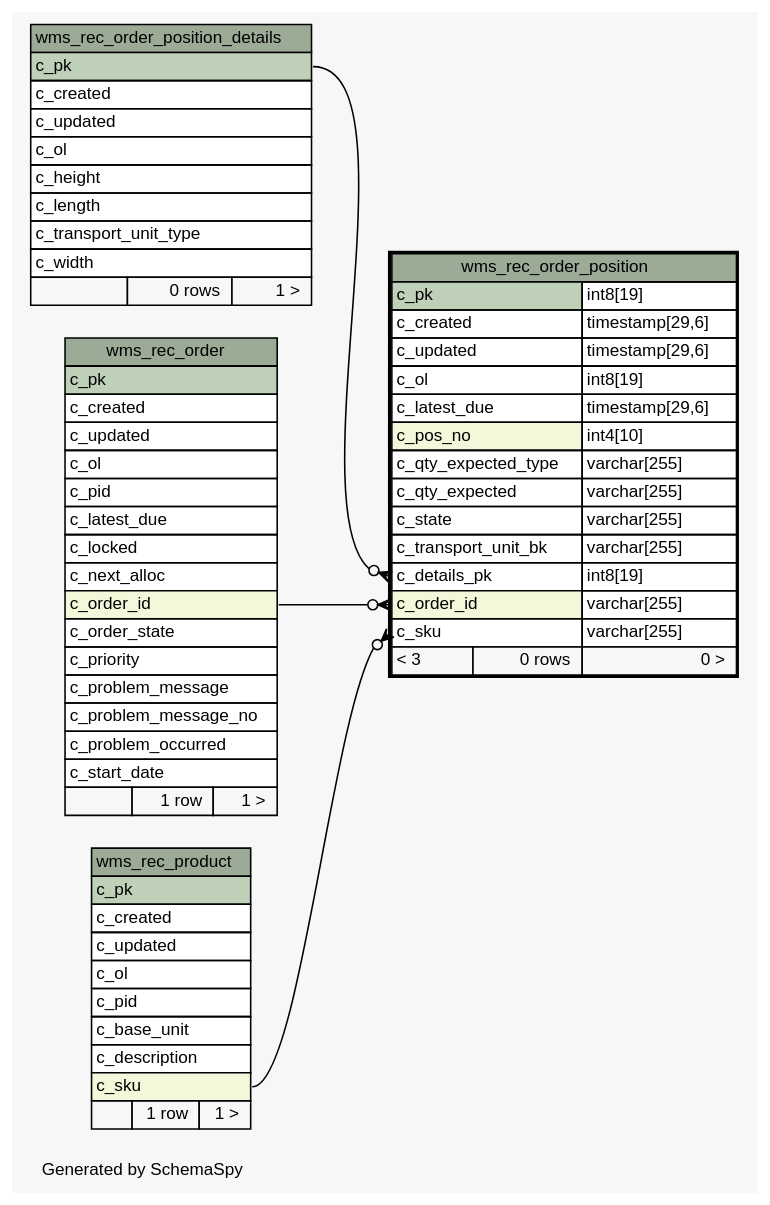
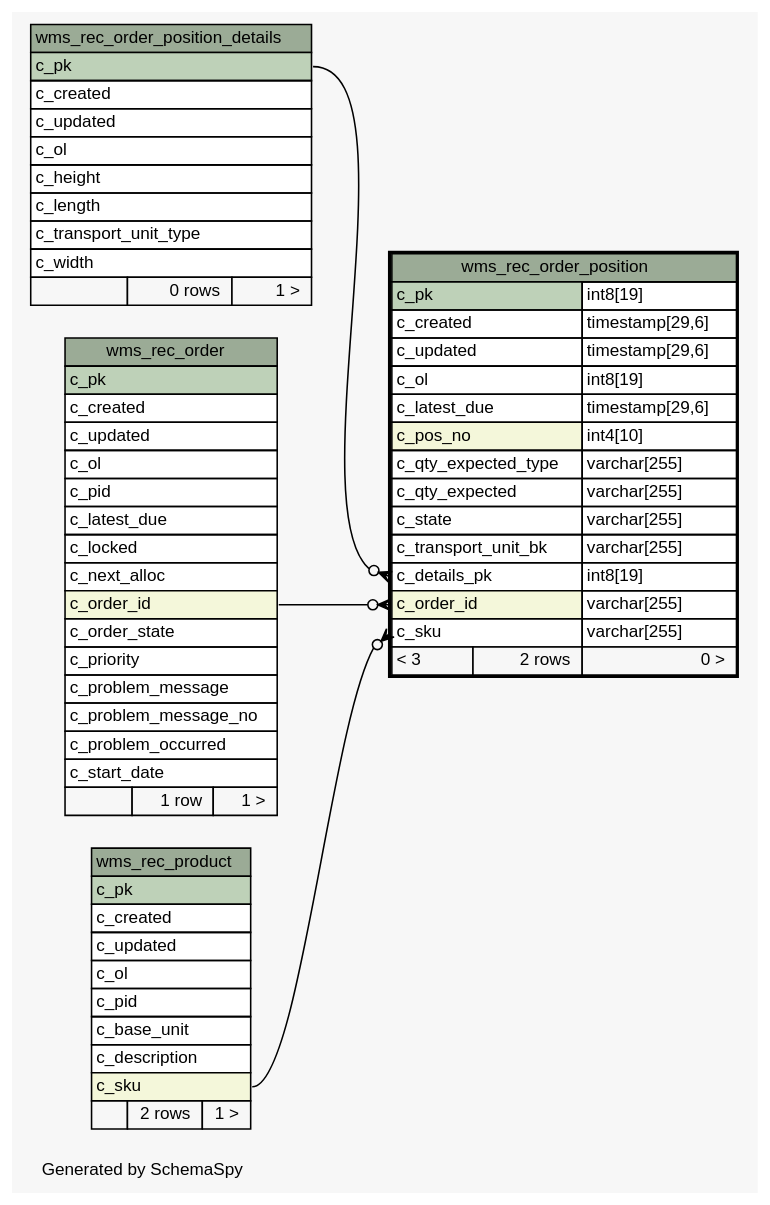
The diagram in schemaspy/diagrams/wms_rec_order_position.1degree.dot (openwms/org.openwms.wms.receiving.lib), drawn with Graphviz before and after one commit. The commit also changed 175 other files, not shown here.

```diff
--- a/schemaspy/diagrams/wms_rec_order_position.1degree.dot
+++ b/schemaspy/diagrams/wms_rec_order_position.1degree.dot
@@ -1,105 +1,105 @@
 // dot 2.36.0 on Linux 4.4.0-101-generic
 // SchemaSpy rev Unknown
 digraph "oneDegreeRelationshipsDiagram" {
   graph [
     rankdir="RL"
     bgcolor="#f7f7f7"
     label="\nGenerated by SchemaSpy"
     labeljust="l"
     nodesep="0.18"
     ranksep="0.46"
     fontname="Helvetica"
     fontsize="11"
   ];
   node [
     fontname="Helvetica"
     fontsize="11"
     shape="plaintext"
   ];
   edge [
     arrowsize="0.8"
   ];
   "wms_rec_order_position":"c_details_pk":w -> "wms_rec_order_position_details":"c_pk":e [arrowhead=none dir=back arrowtail=crowodot];
   "wms_rec_order_position":"c_order_id":w -> "wms_rec_order":"c_order_id":e [arrowhead=none dir=back arrowtail=crowodot];
   "wms_rec_order_position":"c_sku":w -> "wms_rec_product":"c_sku":e [arrowhead=none dir=back arrowtail=crowodot];
   "wms_rec_order" [
     label=<
     <TABLE BORDER="0" CELLBORDER="1" CELLSPACING="0" BGCOLOR="#ffffff">
       <TR><TD COLSPAN="3" BGCOLOR="#9bab96" ALIGN="CENTER">wms_rec_order</TD></TR>
       <TR><TD PORT="c_pk" COLSPAN="3" BGCOLOR="#bed1b8" ALIGN="LEFT">c_pk</TD></TR>
       <TR><TD PORT="c_created" COLSPAN="3" ALIGN="LEFT">c_created</TD></TR>
       <TR><TD PORT="c_updated" COLSPAN="3" ALIGN="LEFT">c_updated</TD></TR>
       <TR><TD PORT="c_ol" COLSPAN="3" ALIGN="LEFT">c_ol</TD></TR>
       <TR><TD PORT="c_pid" COLSPAN="3" ALIGN="LEFT">c_pid</TD></TR>
       <TR><TD PORT="c_latest_due" COLSPAN="3" ALIGN="LEFT">c_latest_due</TD></TR>
       <TR><TD PORT="c_locked" COLSPAN="3" ALIGN="LEFT">c_locked</TD></TR>
       <TR><TD PORT="c_next_alloc" COLSPAN="3" ALIGN="LEFT">c_next_alloc</TD></TR>
       <TR><TD PORT="c_order_id" COLSPAN="3" BGCOLOR="#f4f7da" ALIGN="LEFT">c_order_id</TD></TR>
       <TR><TD PORT="c_order_state" COLSPAN="3" ALIGN="LEFT">c_order_state</TD></TR>
       <TR><TD PORT="c_priority" COLSPAN="3" ALIGN="LEFT">c_priority</TD></TR>
       <TR><TD PORT="c_problem_message" COLSPAN="3" ALIGN="LEFT">c_problem_message</TD></TR>
       <TR><TD PORT="c_problem_message_no" COLSPAN="3" ALIGN="LEFT">c_problem_message_no</TD></TR>
       <TR><TD PORT="c_problem_occurred" COLSPAN="3" ALIGN="LEFT">c_problem_occurred</TD></TR>
       <TR><TD PORT="c_start_date" COLSPAN="3" ALIGN="LEFT">c_start_date</TD></TR>
       <TR><TD ALIGN="LEFT" BGCOLOR="#f7f7f7">  </TD><TD ALIGN="RIGHT" BGCOLOR="#f7f7f7">1 row</TD><TD ALIGN="RIGHT" BGCOLOR="#f7f7f7">1 &gt;</TD></TR>
     </TABLE>>
     URL="wms_rec_order.html"
     tooltip="wms_rec_order"
   ];
   "wms_rec_order_position" [
     label=<
     <TABLE BORDER="2" CELLBORDER="1" CELLSPACING="0" BGCOLOR="#ffffff">
       <TR><TD COLSPAN="3" BGCOLOR="#9bab96" ALIGN="CENTER">wms_rec_order_position</TD></TR>
       <TR><TD PORT="c_pk" COLSPAN="2" BGCOLOR="#bed1b8" ALIGN="LEFT">c_pk</TD><TD PORT="c_pk.type" ALIGN="LEFT">int8[19]</TD></TR>
       <TR><TD PORT="c_created" COLSPAN="2" ALIGN="LEFT">c_created</TD><TD PORT="c_created.type" ALIGN="LEFT">timestamp[29,6]</TD></TR>
       <TR><TD PORT="c_updated" COLSPAN="2" ALIGN="LEFT">c_updated</TD><TD PORT="c_updated.type" ALIGN="LEFT">timestamp[29,6]</TD></TR>
       <TR><TD PORT="c_ol" COLSPAN="2" ALIGN="LEFT">c_ol</TD><TD PORT="c_ol.type" ALIGN="LEFT">int8[19]</TD></TR>
       <TR><TD PORT="c_latest_due" COLSPAN="2" ALIGN="LEFT">c_latest_due</TD><TD PORT="c_latest_due.type" ALIGN="LEFT">timestamp[29,6]</TD></TR>
       <TR><TD PORT="c_pos_no" COLSPAN="2" BGCOLOR="#f4f7da" ALIGN="LEFT">c_pos_no</TD><TD PORT="c_pos_no.type" ALIGN="LEFT">int4[10]</TD></TR>
       <TR><TD PORT="c_qty_expected_type" COLSPAN="2" ALIGN="LEFT">c_qty_expected_type</TD><TD PORT="c_qty_expected_type.type" ALIGN="LEFT">varchar[255]</TD></TR>
       <TR><TD PORT="c_qty_expected" COLSPAN="2" ALIGN="LEFT">c_qty_expected</TD><TD PORT="c_qty_expected.type" ALIGN="LEFT">varchar[255]</TD></TR>
       <TR><TD PORT="c_state" COLSPAN="2" ALIGN="LEFT">c_state</TD><TD PORT="c_state.type" ALIGN="LEFT">varchar[255]</TD></TR>
       <TR><TD PORT="c_transport_unit_bk" COLSPAN="2" ALIGN="LEFT">c_transport_unit_bk</TD><TD PORT="c_transport_unit_bk.type" ALIGN="LEFT">varchar[255]</TD></TR>
       <TR><TD PORT="c_details_pk" COLSPAN="2" ALIGN="LEFT">c_details_pk</TD><TD PORT="c_details_pk.type" ALIGN="LEFT">int8[19]</TD></TR>
       <TR><TD PORT="c_order_id" COLSPAN="2" BGCOLOR="#f4f7da" ALIGN="LEFT">c_order_id</TD><TD PORT="c_order_id.type" ALIGN="LEFT">varchar[255]</TD></TR>
       <TR><TD PORT="c_sku" COLSPAN="2" ALIGN="LEFT">c_sku</TD><TD PORT="c_sku.type" ALIGN="LEFT">varchar[255]</TD></TR>
-      <TR><TD ALIGN="LEFT" BGCOLOR="#f7f7f7">&lt; 3</TD><TD ALIGN="RIGHT" BGCOLOR="#f7f7f7">0 rows</TD><TD ALIGN="RIGHT" BGCOLOR="#f7f7f7">0 &gt;</TD></TR>
+      <TR><TD ALIGN="LEFT" BGCOLOR="#f7f7f7">&lt; 3</TD><TD ALIGN="RIGHT" BGCOLOR="#f7f7f7">2 rows</TD><TD ALIGN="RIGHT" BGCOLOR="#f7f7f7">0 &gt;</TD></TR>
     </TABLE>>
     URL="wms_rec_order_position.html"
     tooltip="wms_rec_order_position"
   ];
   "wms_rec_order_position_details" [
     label=<
     <TABLE BORDER="0" CELLBORDER="1" CELLSPACING="0" BGCOLOR="#ffffff">
       <TR><TD COLSPAN="3" BGCOLOR="#9bab96" ALIGN="CENTER">wms_rec_order_position_details</TD></TR>
       <TR><TD PORT="c_pk" COLSPAN="3" BGCOLOR="#bed1b8" ALIGN="LEFT">c_pk</TD></TR>
       <TR><TD PORT="c_created" COLSPAN="3" ALIGN="LEFT">c_created</TD></TR>
       <TR><TD PORT="c_updated" COLSPAN="3" ALIGN="LEFT">c_updated</TD></TR>
       <TR><TD PORT="c_ol" COLSPAN="3" ALIGN="LEFT">c_ol</TD></TR>
       <TR><TD PORT="c_height" COLSPAN="3" ALIGN="LEFT">c_height</TD></TR>
       <TR><TD PORT="c_length" COLSPAN="3" ALIGN="LEFT">c_length</TD></TR>
       <TR><TD PORT="c_transport_unit_type" COLSPAN="3" ALIGN="LEFT">c_transport_unit_type</TD></TR>
       <TR><TD PORT="c_width" COLSPAN="3" ALIGN="LEFT">c_width</TD></TR>
       <TR><TD ALIGN="LEFT" BGCOLOR="#f7f7f7">  </TD><TD ALIGN="RIGHT" BGCOLOR="#f7f7f7">0 rows</TD><TD ALIGN="RIGHT" BGCOLOR="#f7f7f7">1 &gt;</TD></TR>
     </TABLE>>
     URL="wms_rec_order_position_details.html"
     tooltip="wms_rec_order_position_details"
   ];
   "wms_rec_product" [
     label=<
     <TABLE BORDER="0" CELLBORDER="1" CELLSPACING="0" BGCOLOR="#ffffff">
       <TR><TD COLSPAN="3" BGCOLOR="#9bab96" ALIGN="CENTER">wms_rec_product</TD></TR>
       <TR><TD PORT="c_pk" COLSPAN="3" BGCOLOR="#bed1b8" ALIGN="LEFT">c_pk</TD></TR>
       <TR><TD PORT="c_created" COLSPAN="3" ALIGN="LEFT">c_created</TD></TR>
       <TR><TD PORT="c_updated" COLSPAN="3" ALIGN="LEFT">c_updated</TD></TR>
       <TR><TD PORT="c_ol" COLSPAN="3" ALIGN="LEFT">c_ol</TD></TR>
       <TR><TD PORT="c_pid" COLSPAN="3" ALIGN="LEFT">c_pid</TD></TR>
       <TR><TD PORT="c_base_unit" COLSPAN="3" ALIGN="LEFT">c_base_unit</TD></TR>
       <TR><TD PORT="c_description" COLSPAN="3" ALIGN="LEFT">c_description</TD></TR>
       <TR><TD PORT="c_sku" COLSPAN="3" BGCOLOR="#f4f7da" ALIGN="LEFT">c_sku</TD></TR>
-      <TR><TD ALIGN="LEFT" BGCOLOR="#f7f7f7">  </TD><TD ALIGN="RIGHT" BGCOLOR="#f7f7f7">1 row</TD><TD ALIGN="RIGHT" BGCOLOR="#f7f7f7">1 &gt;</TD></TR>
+      <TR><TD ALIGN="LEFT" BGCOLOR="#f7f7f7">  </TD><TD ALIGN="RIGHT" BGCOLOR="#f7f7f7">2 rows</TD><TD ALIGN="RIGHT" BGCOLOR="#f7f7f7">1 &gt;</TD></TR>
     </TABLE>>
     URL="wms_rec_product.html"
     tooltip="wms_rec_product"
   ];
 }
```
